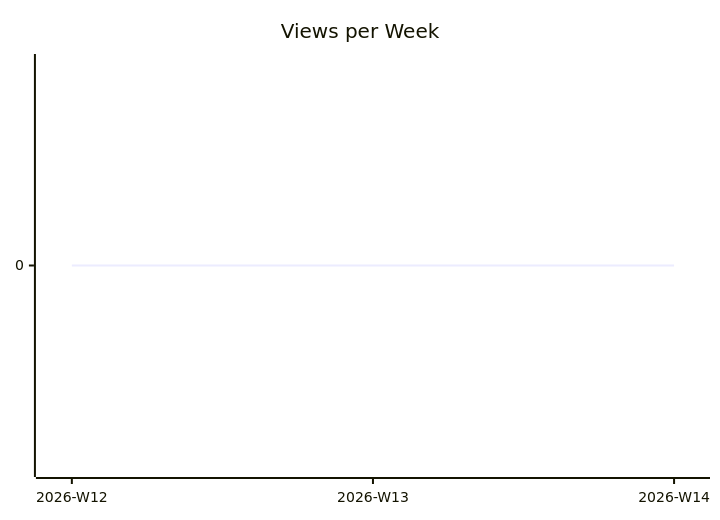
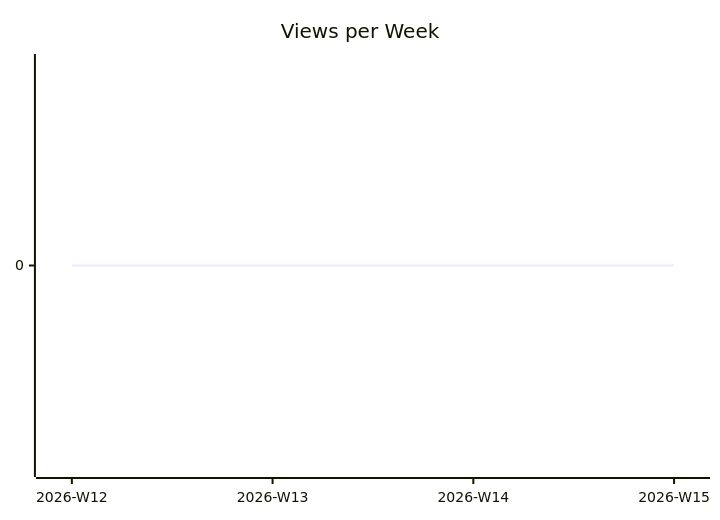
One commit to justdavis-family/github-analytics-data changed the second of 3 diagrams in karlmdavis/liquibase/README.md. Above: the diagram before and after it, drawn with Mermaid. The commit also changed other lines of this file and 191 other files, not shown here.

````diff
--- a/karlmdavis/liquibase/README.md
+++ b/karlmdavis/liquibase/README.md
@@ -12,6 +12,6 @@
 ```mermaid
 xychart-beta
   title "Views per Week"
-  x-axis ["2026-W12", "2026-W13", "2026-W14"]
-  line [0, 0, 0]
+  x-axis ["2026-W12", "2026-W13", "2026-W14", "2026-W15"]
+  line [0, 0, 0, 0]
 ```
````
